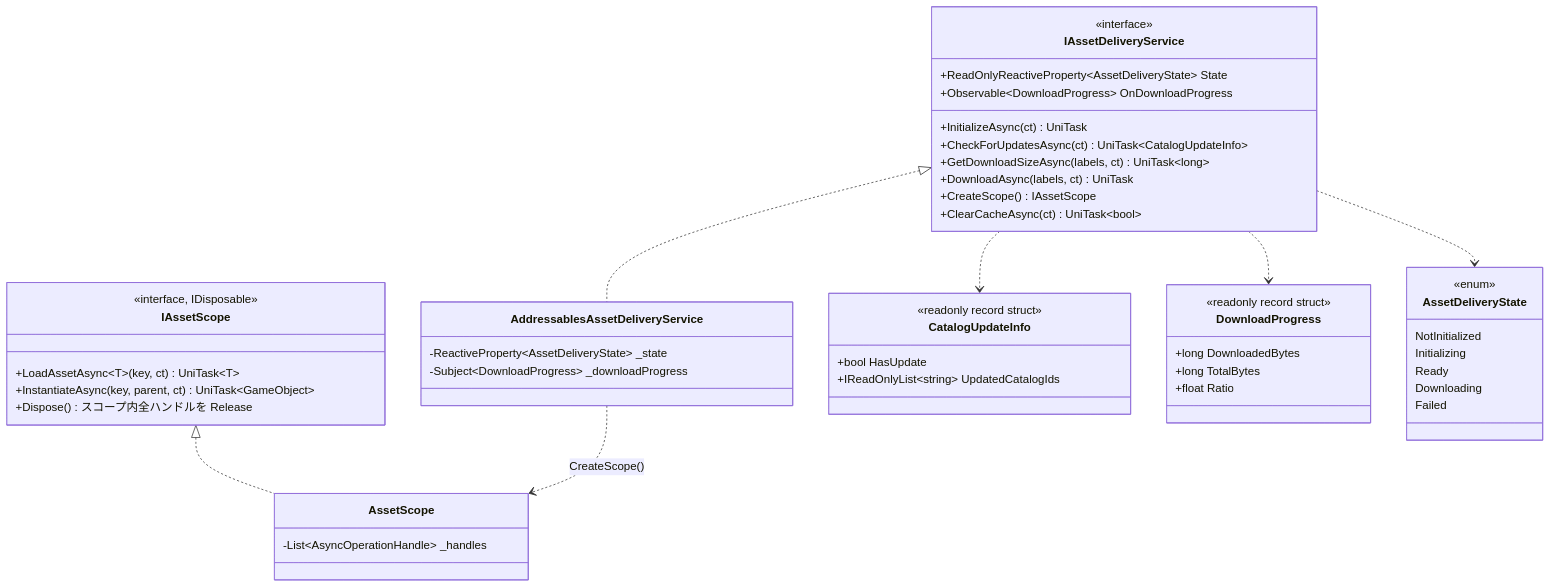
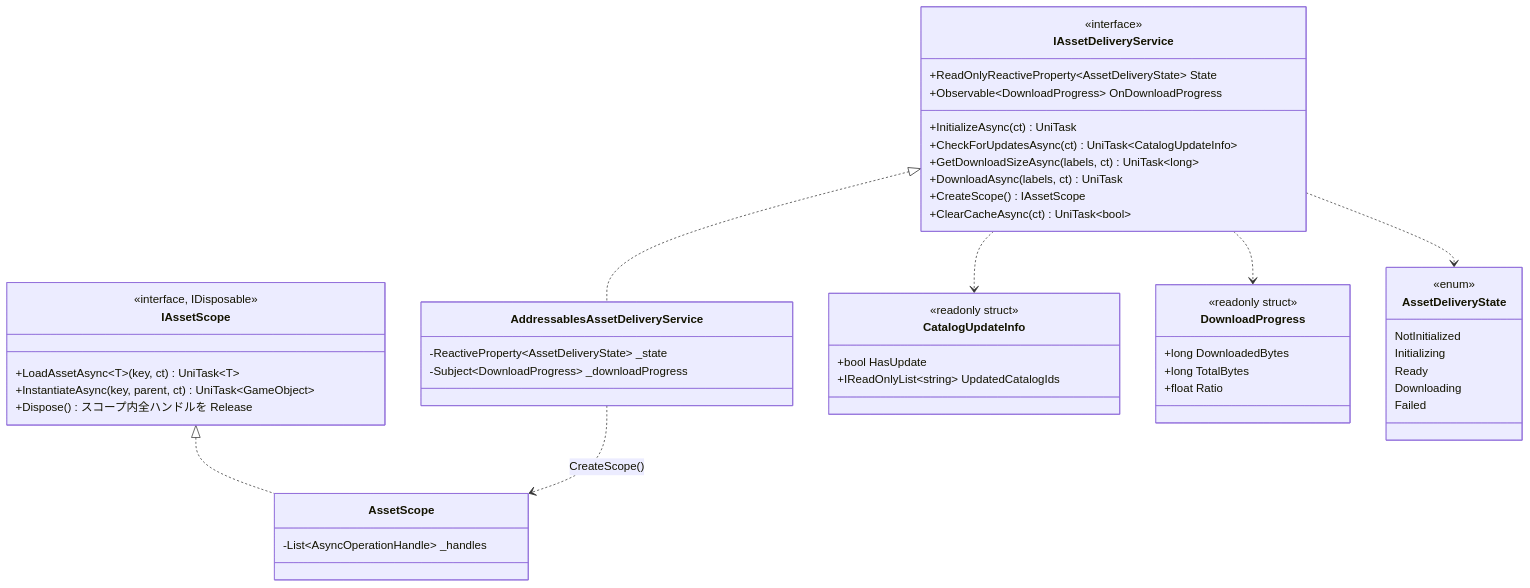
Before and after one commit to MasaKoha/UniLab: the first of 3 diagrams in docs/design-unilab-asset-delivery.md, drawn with Mermaid. The commit also changed other lines of this file, not shown here.

Commit message:
docs: AssetDelivery 設計書を readonly struct に修正し C# 9 制約を明記

````diff
--- a/docs/design-unilab-asset-delivery.md
+++ b/docs/design-unilab-asset-delivery.md
@@ -47,59 +47,59 @@
 ```mermaid
 classDiagram
     class IAssetDeliveryService {
         <<interface>>
         +ReadOnlyReactiveProperty~AssetDeliveryState~ State
         +Observable~DownloadProgress~ OnDownloadProgress
         +InitializeAsync(ct) UniTask
         +CheckForUpdatesAsync(ct) UniTask~CatalogUpdateInfo~
         +GetDownloadSizeAsync(labels, ct) UniTask~long~
         +DownloadAsync(labels, ct) UniTask
         +CreateScope() IAssetScope
         +ClearCacheAsync(ct) UniTask~bool~
     }
 
     class IAssetScope {
         <<interface, IDisposable>>
         +LoadAssetAsync~T~(key, ct) UniTask~T~
         +InstantiateAsync(key, parent, ct) UniTask~GameObject~
         +Dispose() スコープ内全ハンドルを Release
     }
 
     class AddressablesAssetDeliveryService {
         -ReactiveProperty~AssetDeliveryState~ _state
         -Subject~DownloadProgress~ _downloadProgress
     }
 
     class AssetScope {
         -List~AsyncOperationHandle~ _handles
     }
 
     class CatalogUpdateInfo {
-        <<readonly record struct>>
+        <<readonly struct>>
         +bool HasUpdate
         +IReadOnlyList~string~ UpdatedCatalogIds
     }
 
     class DownloadProgress {
-        <<readonly record struct>>
+        <<readonly struct>>
         +long DownloadedBytes
         +long TotalBytes
         +float Ratio
     }
 
     class AssetDeliveryState {
         <<enum>>
         NotInitialized
         Initializing
         Ready
         Downloading
         Failed
     }
 
     IAssetDeliveryService <|.. AddressablesAssetDeliveryService
     IAssetScope <|.. AssetScope
     AddressablesAssetDeliveryService ..> AssetScope : CreateScope()
     IAssetDeliveryService ..> CatalogUpdateInfo
     IAssetDeliveryService ..> DownloadProgress
     IAssetDeliveryService ..> AssetDeliveryState
 ```
````
